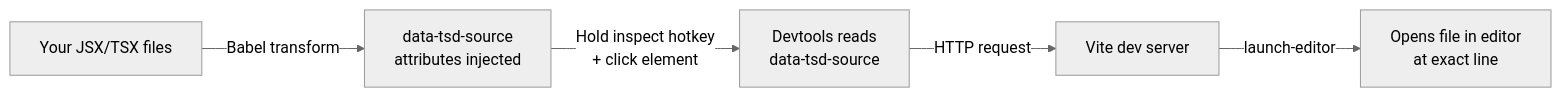
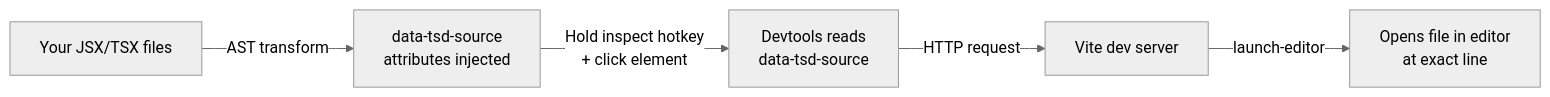
One commit to TanStack/devtools changed the diagram in docs/source-inspector.md. Above: the diagram before and after it, drawn with Mermaid (neutral theme). The commit also changed other lines of this file and 24 other files, not shown here.

````diff
--- a/docs/source-inspector.md
+++ b/docs/source-inspector.md
@@ -19,7 +19,7 @@
 ```mermaid
 flowchart LR
-    A["Your JSX/TSX files"] -- "Babel transform" --> B["data-tsd-source<br/>attributes injected"]
+    A["Your JSX/TSX files"] -- "AST transform" --> B["data-tsd-source<br/>attributes injected"]
     B -- "Hold inspect hotkey<br/>+ click element" --> C["Devtools reads<br/>data-tsd-source"]
     C -- "HTTP request" --> D["Vite dev server"]
     D -- "launch-editor" --> E["Opens file in editor<br/>at exact line"]
 ```
````
